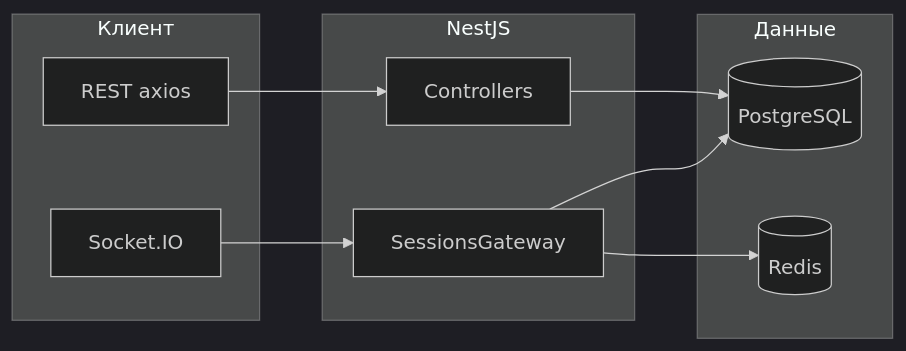
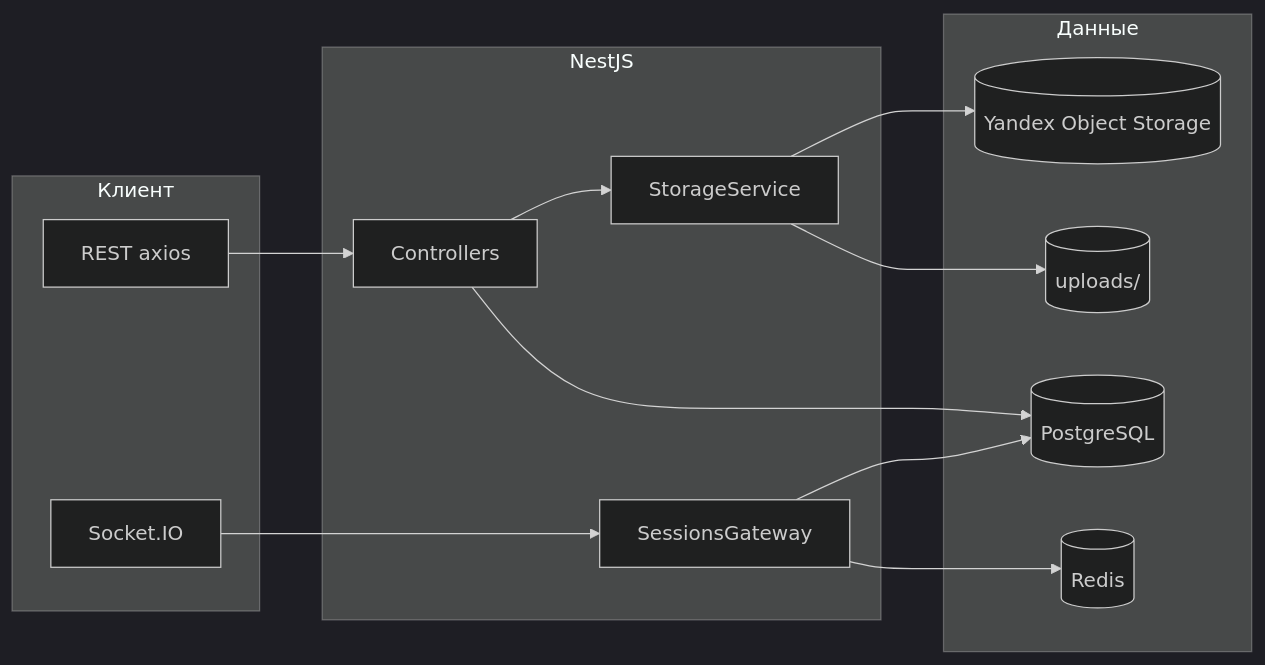
Before and after one commit to lemongoose228/EduPlay2: the first of 2 diagrams in README.md, drawn with Mermaid (dark theme). The commit also changed other lines of this file and 1 other file, not shown here.

````diff
--- a/README.md
+++ b/README.md
@@ -55,20 +56,26 @@
 ```mermaid
 flowchart LR
   subgraph client [Клиент]
     REST[REST axios]
     WS[Socket.IO]
   end
   subgraph server [NestJS]
     API[Controllers]
     Gateway[SessionsGateway]
+    Storage[StorageService]
   end
   subgraph data [Данные]
     PG[(PostgreSQL)]
     RD[(Redis)]
+    S3[(Yandex Object Storage)]
+    Disk[(uploads/)]
   end
   REST --> API
   WS --> Gateway
+  API --> Storage
+  Storage --> S3
+  Storage --> Disk
   API --> PG
   Gateway --> PG
   Gateway --> RD
 ```
````
